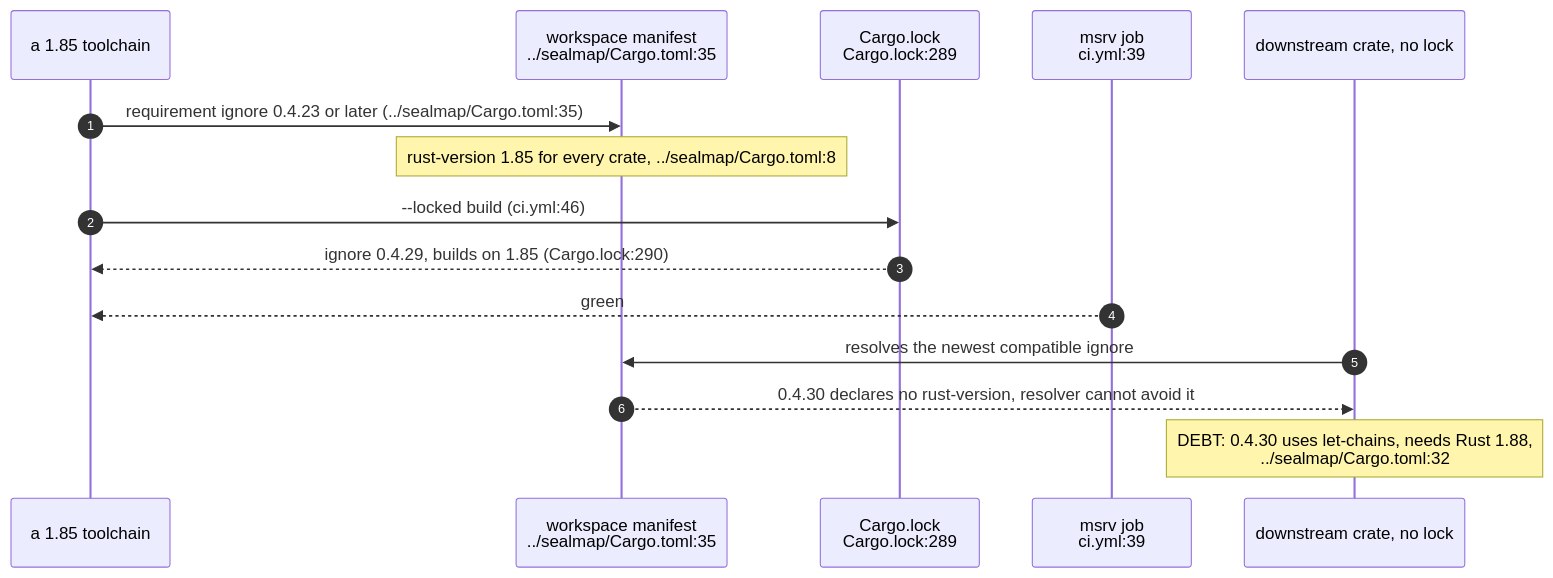
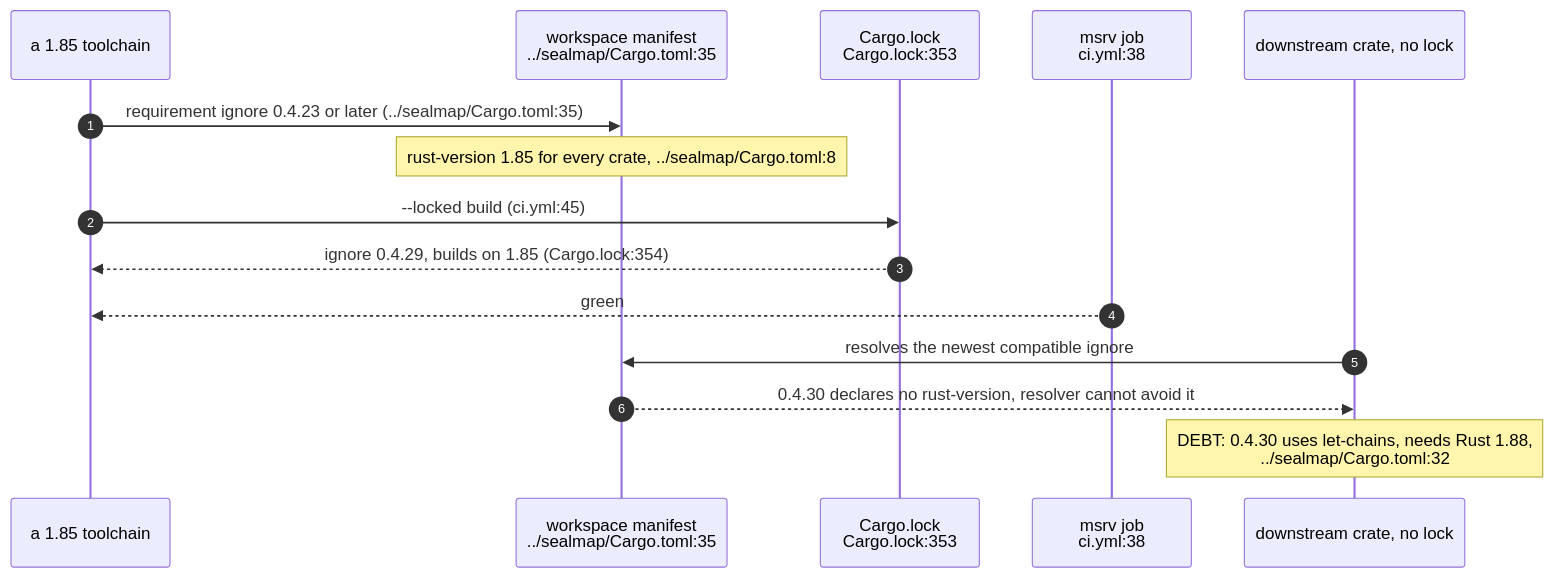
Before and after one commit to DreamLab-AI/VisionFlow: the second of 5 diagrams in docs/diagrams/sealmap/19-ci-msrv-and-determinism.md, drawn with Mermaid. The commit also changed other lines of this file and 59 other files, not shown here.

First line of the commit message:
docs(diagrams): re-derive and re-stamp forum, website, pod, ontomark and sealmap topics

````diff
--- a/docs/diagrams/sealmap/19-ci-msrv-and-determinism.md
+++ b/docs/diagrams/sealmap/19-ci-msrv-and-determinism.md
@@ -119,17 +117,17 @@
 ```mermaid
 sequenceDiagram
     autonumber
     participant DV as a 1.85 toolchain
     participant MF as workspace manifest<br/>../sealmap/Cargo.toml:35
-    participant LK as Cargo.lock<br/>Cargo.lock:289
-    participant CI as msrv job<br/>ci.yml:39
+    participant LK as Cargo.lock<br/>Cargo.lock:353
+    participant CI as msrv job<br/>ci.yml:38
     participant DS as downstream crate, no lock
     DV->>MF: requirement ignore 0.4.23 or later (../sealmap/Cargo.toml:35)
     Note over MF: rust-version 1.85 for every crate, ../sealmap/Cargo.toml:8
-    DV->>LK: --locked build (ci.yml:46)
-    LK-->>DV: ignore 0.4.29, builds on 1.85 (Cargo.lock:290)
+    DV->>LK: --locked build (ci.yml:45)
+    LK-->>DV: ignore 0.4.29, builds on 1.85 (Cargo.lock:354)
     CI-->>DV: green
     DS->>MF: resolves the newest compatible ignore
     MF-->>DS: 0.4.30 declares no rust-version, resolver cannot avoid it
     Note over DS: DEBT: 0.4.30 uses let-chains, needs Rust 1.88,<br/>../sealmap/Cargo.toml:32
 ```
````
